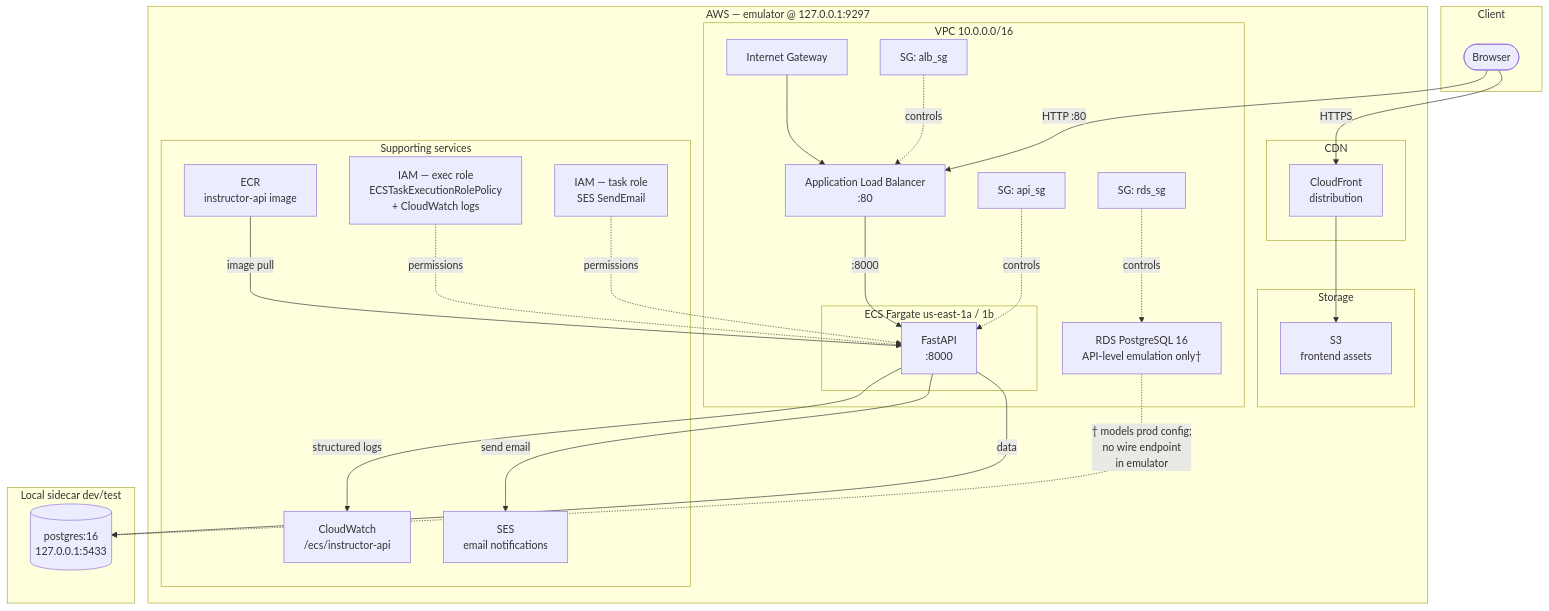
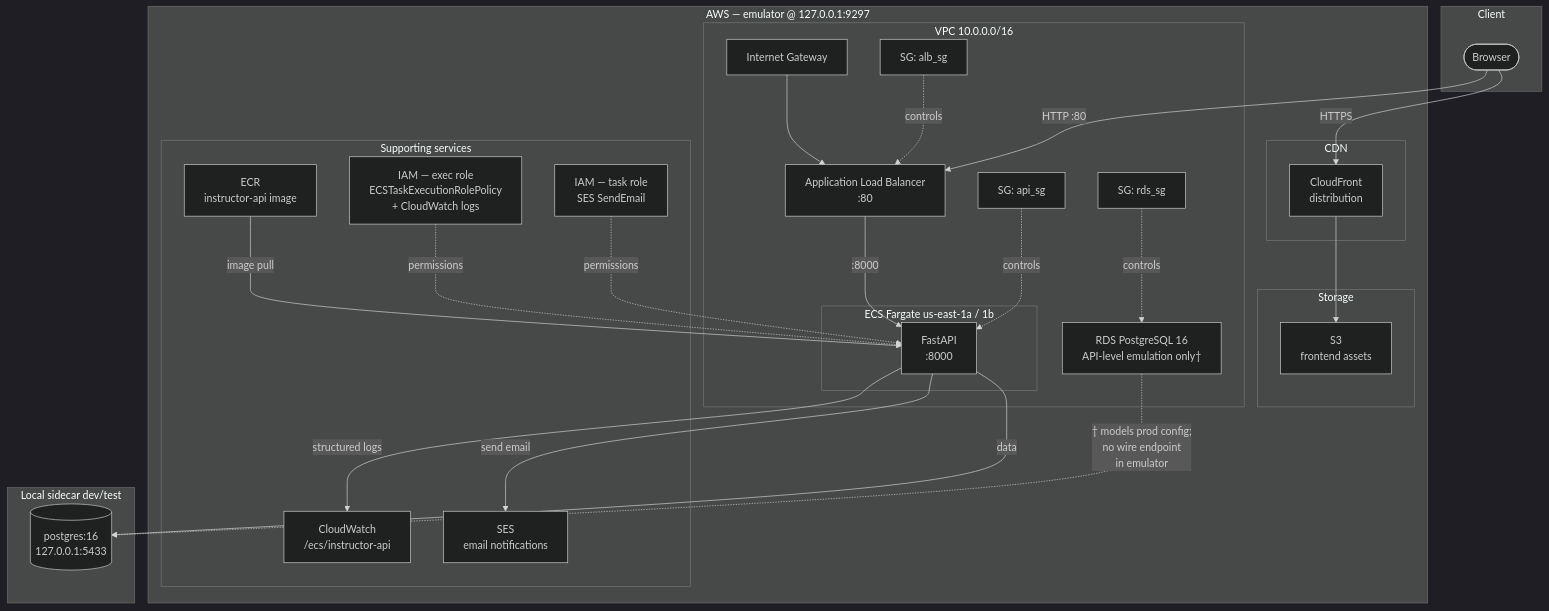
Before and after one commit to ericstephens/instructor_assignments: the diagram in README.md, drawn with Mermaid.

Commit message:
Set Mermaid diagram to dark theme

````diff
--- a/README.md
+++ b/README.md
@@ -11,62 +11,63 @@
 ```mermaid
+%%{init: {'theme': 'dark'}}%%
 graph TD
     subgraph Client["Client"]
         Browser([Browser])
     end
 
     subgraph Emulator["AWS — emulator @ 127.0.0.1:9297"]
 
         subgraph CDN["CDN"]
             CF["CloudFront\ndistribution"]
         end
 
         subgraph Storage["Storage"]
             S3["S3\nfrontend assets"]
         end
 
         subgraph VPC["VPC  10.0.0.0/16"]
             IGW["Internet Gateway"]
             ALB["Application Load Balancer\n:80"]
             SG_ALB["SG: alb_sg"]
             SG_API["SG: api_sg"]
             SG_RDS["SG: rds_sg"]
 
             subgraph Fargate["ECS Fargate  us-east-1a / 1b"]
                 API["FastAPI\n:8000"]
             end
 
             RDS["RDS PostgreSQL 16\nAPI-level emulation only†"]
         end
 
         subgraph Support["Supporting services"]
             ECR["ECR\ninstructor-api image"]
             SES["SES\nemail notifications"]
             CW["CloudWatch\n/ecs/instructor-api"]
             IAM_EXEC["IAM — exec role\nECSTaskExecutionRolePolicy\n+ CloudWatch logs"]
             IAM_TASK["IAM — task role\nSES SendEmail"]
         end
     end
 
     subgraph Sidecar["Local sidecar  dev/test"]
         PG[("postgres:16\n127.0.0.1:5433")]
     end
 
     Browser -- "HTTPS" --> CF
     CF --> S3
     Browser -- "HTTP :80" --> ALB
     ALB -- ":8000" --> API
 
     SG_ALB -. "controls" .-> ALB
     SG_API -. "controls" .-> API
     SG_RDS -. "controls" .-> RDS
 
     IGW --> ALB
 
     ECR -- "image pull" --> API
     API -- "data" --> PG
     API -- "send email" --> SES
     API -- "structured logs" --> CW
     IAM_EXEC -. "permissions" .-> API
     IAM_TASK -. "permissions" .-> API
     RDS -. "† models prod config;\n  no wire endpoint\n  in emulator" .-> PG
 ```
````
